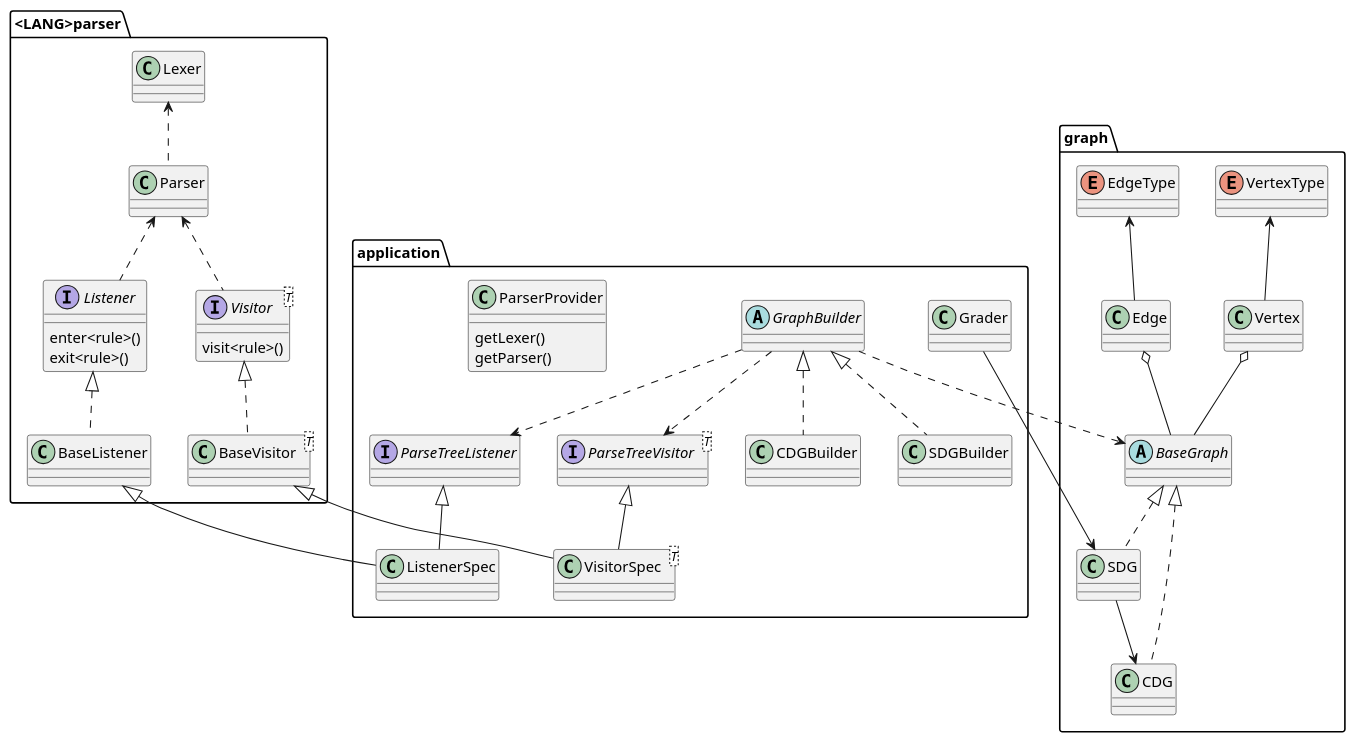
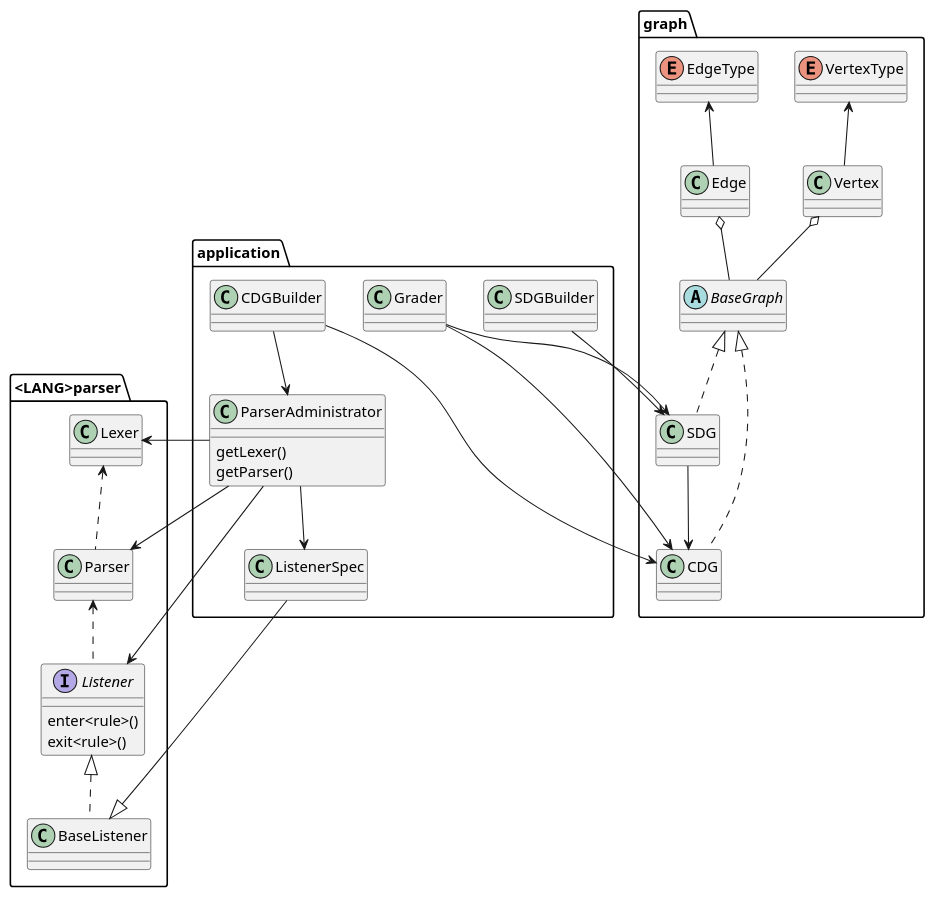
One commit to kuangyl0212/PAAA changed the diagram in src/main/uml/Application.puml. Above: the diagram before and after it, drawn with PlantUML. The commit also changed 9 other files, not shown here.

```diff
--- a/src/main/uml/Application.puml
+++ b/src/main/uml/Application.puml
@@ -1,95 +1,72 @@
 @startuml
 
 package "<LANG>parser" {
 Lexer    <..  Parser
 Parser   <..  Listener
-Parser   <..  Visitor
 Listener <|.. BaseListener
-Visitor  <|.. BaseVisitor
 
 Class Parser {
 
 }
 Class Lexer {
 
 }
 
-Interface Visitor<T> {
-    visit<rule>()
-}
+
 Interface Listener {
     enter<rule>()
     exit<rule>()
 }
 
-Class BaseVisitor<T> {
-}
 Class BaseListener {
 }
 
 }
 
 package "graph" {
 Edge   o-- BaseGraph
 Vertex o-- BaseGraph
 BaseGraph <|.. CDG
 BaseGraph <|.. SDG
 VertexType <-- Vertex
 EdgeType <-- Edge
 SDG --> CDG
 
 abstract Class BaseGraph
 Class Vertex
 Class Edge
 Class CDG
 Class SDG
 enum VertexType
 enum EdgeType
 
 }
 
 
 package "application" {
-
-ParseTreeListener     <|-- ListenerSpec
-ParseTreeVisitor      <|-- VisitorSpec
+ParserAdministrator --> Lexer
+ParserAdministrator --> Parser
+ParserAdministrator --> Listener
+ParserAdministrator --> ListenerSpec
+CDGBuilder --> ParserAdministrator
+CDGBuilder --> CDG
+SDGBuilder --> SDG
 BaseListener <|-- ListenerSpec
-BaseVisitor  <|-- VisitorSpec
-
-Interface ParseTreeListener {
-}
-Interface ParseTreeVisitor<T> {
-}
-
-
-Class ListenerSpec {
-}
-Class VisitorSpec<T> {
-}
-
-GraphBuilder ..> BaseGraph
-
-GraphBuilder <|.. CDGBuilder
-GraphBuilder <|.. SDGBuilder
-
-GraphBuilder ..> ParseTreeListener
-GraphBuilder ..> ParseTreeVisitor
-
 Grader --> SDG
-
-abstract GraphBuilder
+Grader --> CDG
 
 Class CDGBuilder
 Class SDGBuilder
 Class Grader
 
-Class ParserProvider {
+Class ParserAdministrator {
     getLexer()
     getParser()
 }
-
+Class ListenerSpec {
+}
 
 }
 
 
 @enduml
```
